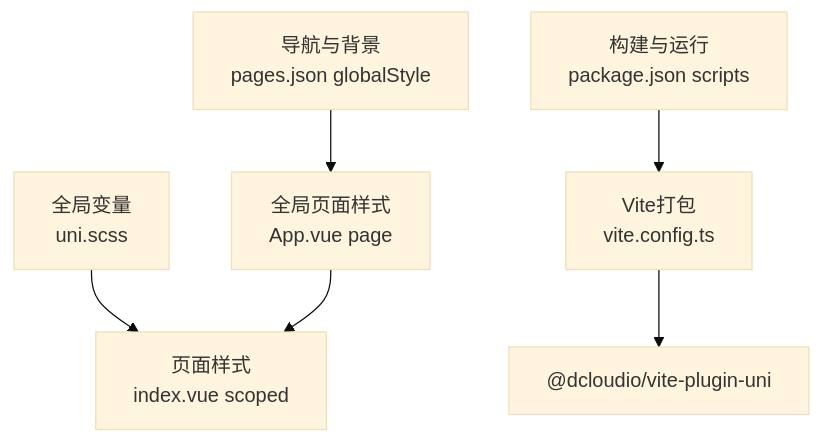
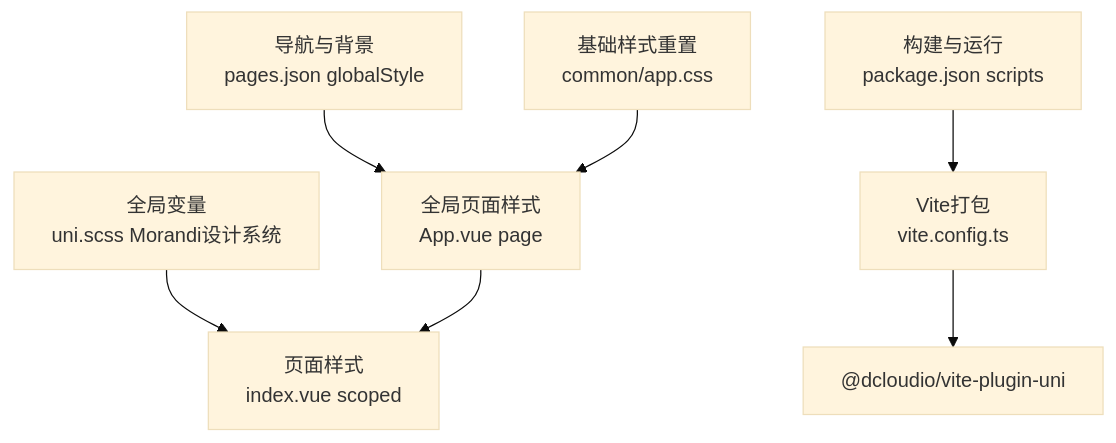
One commit to QtImM/wechatMiniprogram_Store changed the second of 4 diagrams in .qoder/repowiki/zh/content/前端架构设计/UI样式系统.md. Above: the diagram before and after it, drawn with Mermaid (base theme). The commit also changed other lines of this file and 41 other files, not shown here.

````diff
--- a/.qoder/repowiki/zh/content/前端架构设计/UI样式系统.md
+++ b/.qoder/repowiki/zh/content/前端架构设计/UI样式系统.md
@@ -92,8 +90,9 @@
 ```mermaid
 graph TB
-X["全局变量<br/>uni.scss"] --> Y["页面样式<br/>index.vue scoped"]
+X["全局变量<br/>uni.scss Morandi设计系统"] --> Y["页面样式<br/>index.vue scoped"]
 Z["全局页面样式<br/>App.vue page"] --> Y
 AA["导航与背景<br/>pages.json globalStyle"] --> Z
-BB["构建与运行<br/>package.json scripts"] --> CC["Vite打包<br/>vite.config.ts"]
-CC --> DD["@dcloudio/vite-plugin-uni"]
+BB["基础样式重置<br/>common/app.css"] --> Z
+CC["构建与运行<br/>package.json scripts"] --> DD["Vite打包<br/>vite.config.ts"]
+DD --> EE["@dcloudio/vite-plugin-uni"]
 ```
````
